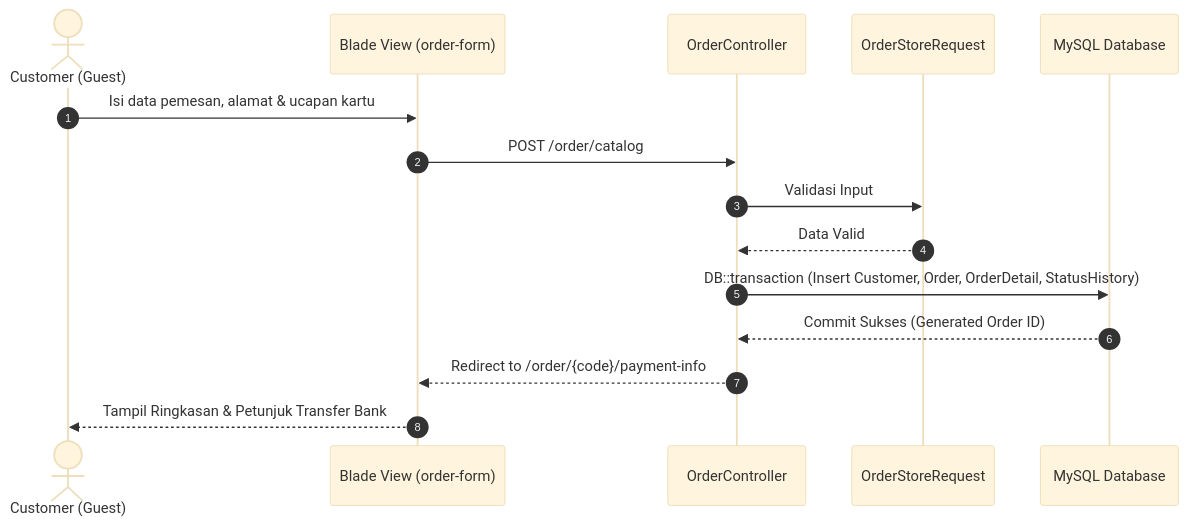
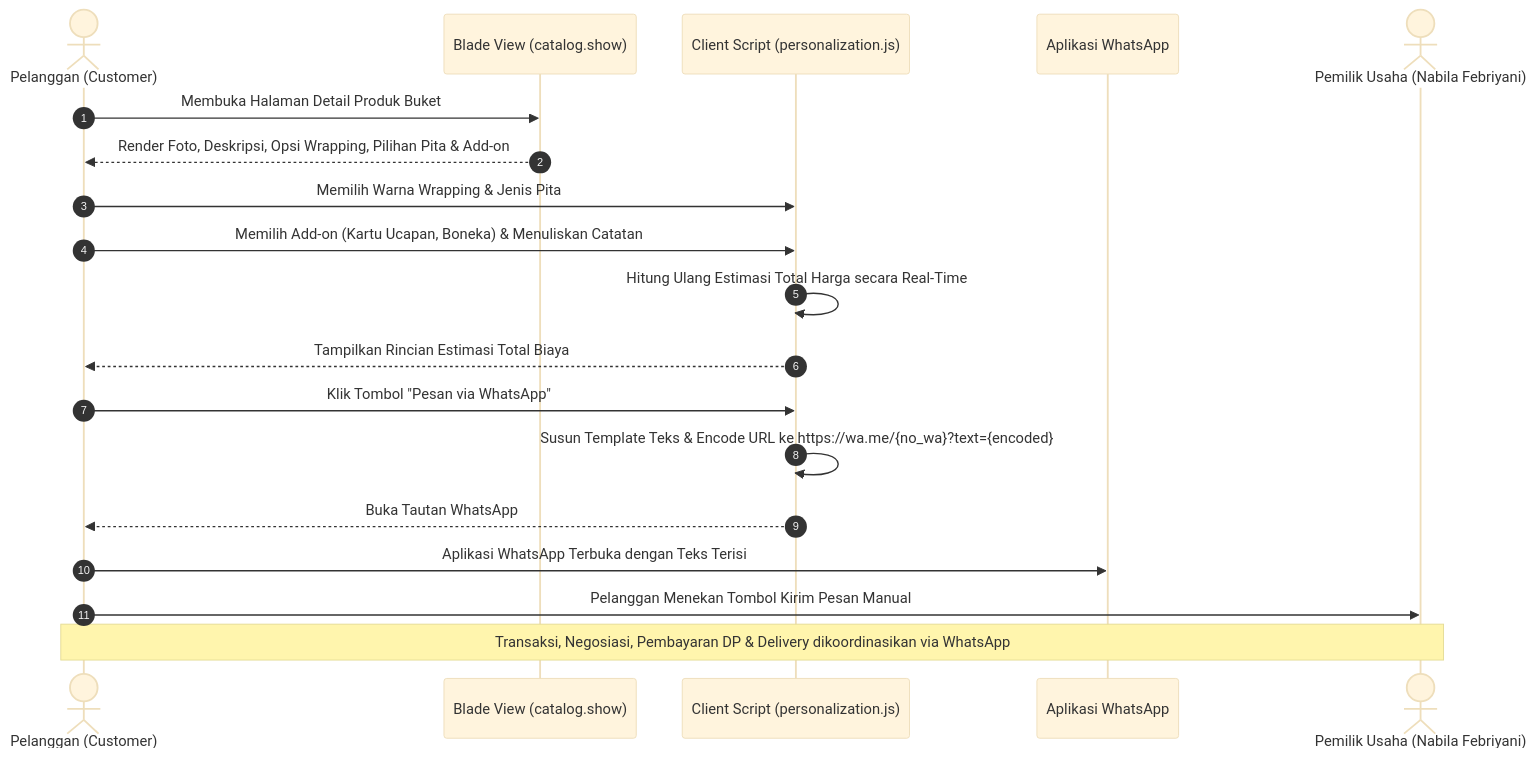
Before and after one commit to Elfend11/buketbunga: the fourth of 7 diagrams in architecture.md, drawn with Mermaid (base theme). The commit also changed other lines of this file and 89 other files, not shown here.

````diff
--- a/architecture.md
+++ b/architecture.md
@@ -189,18 +201,22 @@
 ```mermaid
 sequenceDiagram
     autonumber
-    actor C as Customer (Guest)
-    participant V as Blade View (order-form)
-    participant Ctrl as OrderController
-    participant Req as OrderStoreRequest
-    participant DB as MySQL Database
-    
-    C->>V: Isi data pemesan, alamat & ucapan kartu
-    V->>Ctrl: POST /order/catalog
-    Ctrl->>Req: Validasi Input
-    Req-->>Ctrl: Data Valid
-    Ctrl->>DB: DB::transaction (Insert Customer, Order, OrderDetail, StatusHistory)
-    DB-->>Ctrl: Commit Sukses (Generated Order ID)
-    Ctrl-->>V: Redirect to /order/{code}/payment-info
-    V-->>C: Tampil Ringkasan & Petunjuk Transfer Bank
+    actor C as Pelanggan (Customer)
+    participant V as Blade View (catalog.show)
+    participant JS as Client Script (personalization.js)
+    participant WA as Aplikasi WhatsApp
+    actor O as Pemilik Usaha (Nabila Febriyani)
+
+    C->>V: Membuka Halaman Detail Produk Buket
+    V-->>C: Render Foto, Deskripsi, Opsi Wrapping, Pilihan Pita & Add-on
+    C->>JS: Memilih Warna Wrapping & Jenis Pita
+    C->>JS: Memilih Add-on (Kartu Ucapan, Boneka) & Menuliskan Catatan
+    JS->>JS: Hitung Ulang Estimasi Total Harga secara Real-Time
+    JS-->>C: Tampilkan Rincian Estimasi Total Biaya
+    C->>JS: Klik Tombol "Pesan via WhatsApp"
+    JS->>JS: Susun Template Teks & Encode URL ke https://wa.me/{no_wa}?text={encoded}
+    JS-->>C: Buka Tautan WhatsApp
+    C->>WA: Aplikasi WhatsApp Terbuka dengan Teks Terisi
+    C->>O: Pelanggan Menekan Tombol Kirim Pesan Manual
+    Note over C,O: Transaksi, Negosiasi, Pembayaran DP & Delivery dikoordinasikan via WhatsApp
 ```
````
